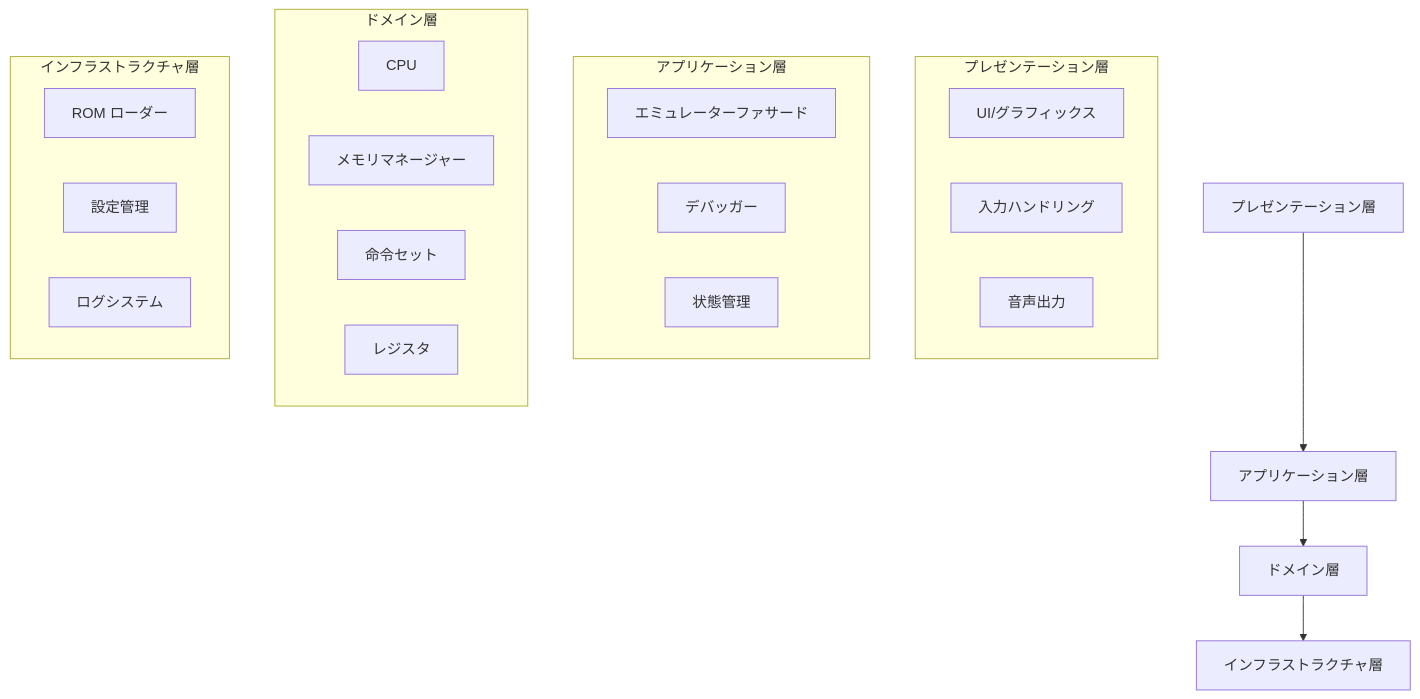
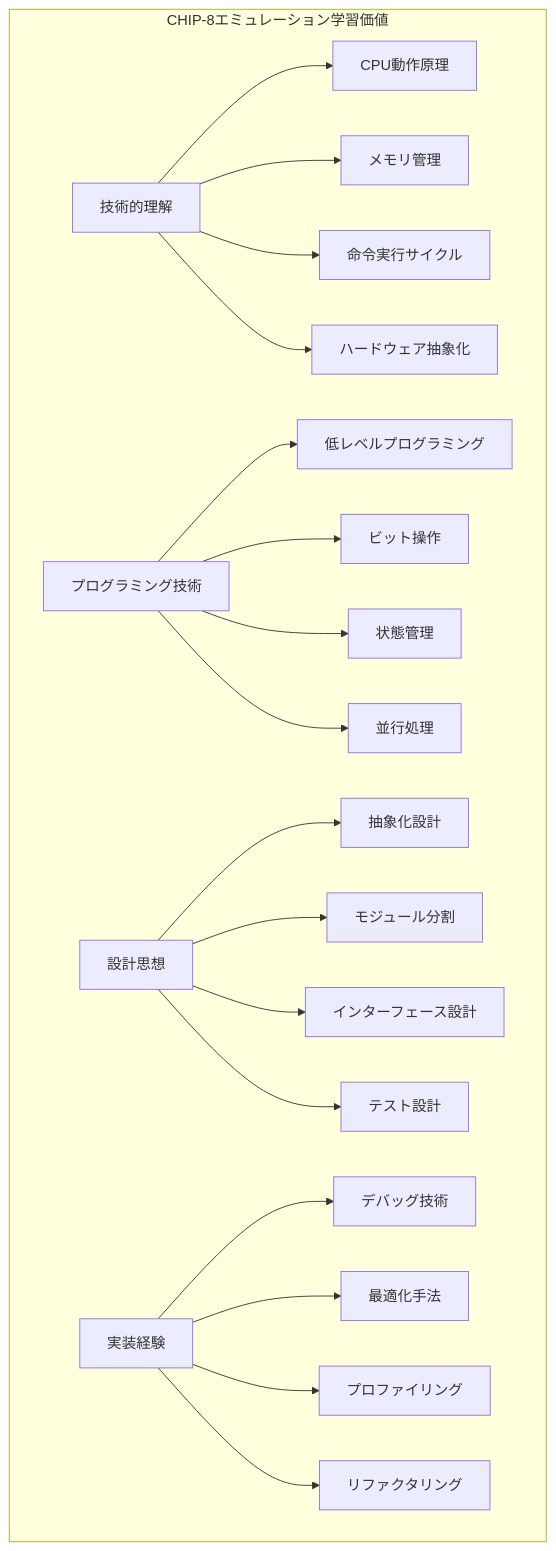
Before and after one commit to takeokunn/cl-chip8: diagram 12 of 21 in docs/explanation/01-chip8-overview.md, drawn with Mermaid. The commit also changed other lines of this file and 27 other files, not shown here.

````diff
--- a/docs/explanation/01-chip8-overview.md
+++ b/docs/explanation/01-chip8-overview.md
@@ -67,31 +374,24 @@
 ```mermaid
 graph TB
-    A[プレゼンテーション層] --> B[アプリケーション層]
-    B --> C[ドメイン層]
-    C --> D[インフラストラクチャ層]
+    subgraph "CHIP-8エミュレーション学習価値"
+        A[技術的理解] --> A1[CPU動作原理]
+        A --> A2[メモリ管理]
+        A --> A3[命令実行サイクル]
+        A --> A4[ハードウェア抽象化]
 
-    subgraph "プレゼンテーション層"
-        A1[UI/グラフィックス]
-        A2[入力ハンドリング]
-        A3[音声出力]
-    end
+        B[プログラミング技術] --> B1[低レベルプログラミング]
+        B --> B2[ビット操作]
+        B --> B3[状態管理]
+        B --> B4[並行処理]
 
-    subgraph "アプリケーション層"
-        B1[エミュレーターファサード]
-        B2[デバッガー]
-        B3[状態管理]
-    end
+        C[設計思想] --> C1[抽象化設計]
+        C --> C2[モジュール分割]
+        C --> C3[インターフェース設計]
+        C --> C4[テスト設計]
 
-    subgraph "ドメイン層"
-        C1[CPU]
-        C2[メモリマネージャー]
-        C3[命令セット]
-        C4[レジスタ]
-    end
-
-    subgraph "インフラストラクチャ層"
-        D1[ROM ローダー]
-        D2[設定管理]
-        D3[ログシステム]
+        D[実装経験] --> D1[デバッグ技術]
+        D --> D2[最適化手法]
+        D --> D3[プロファイリング]
+        D --> D4[リファクタリング]
     end
 ```
````
